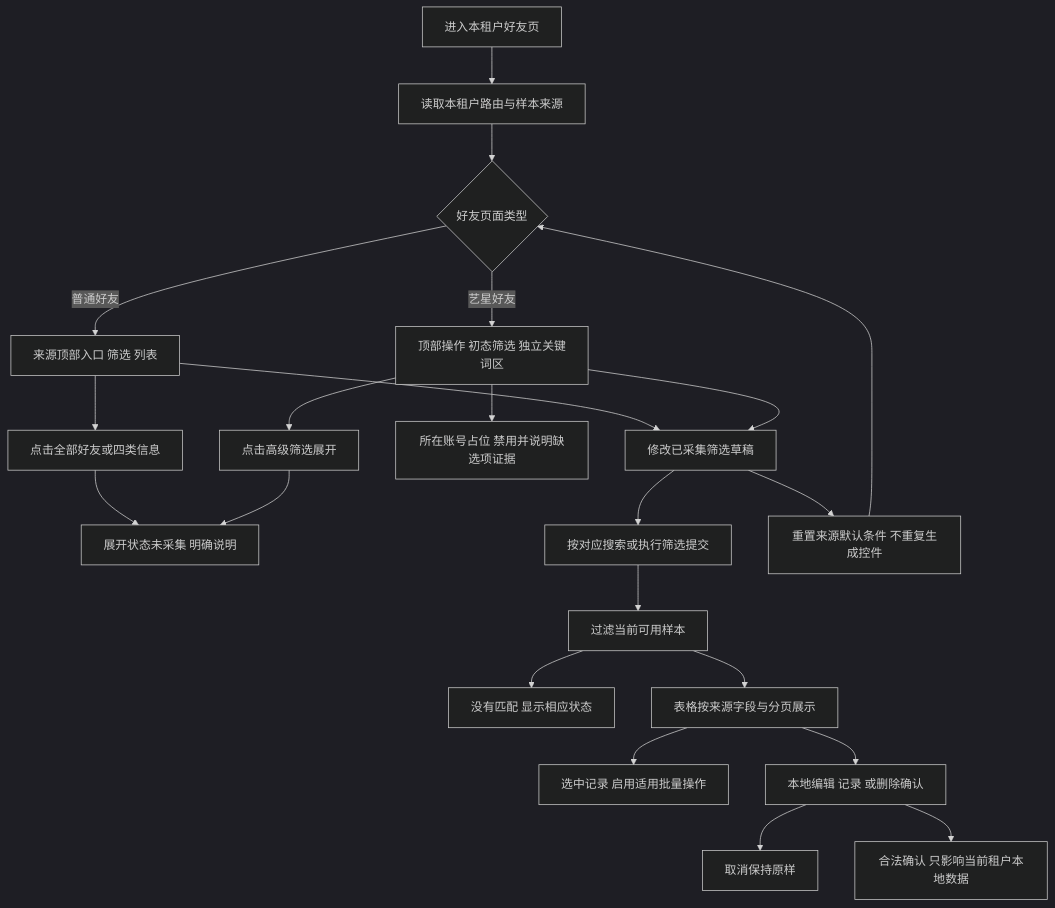
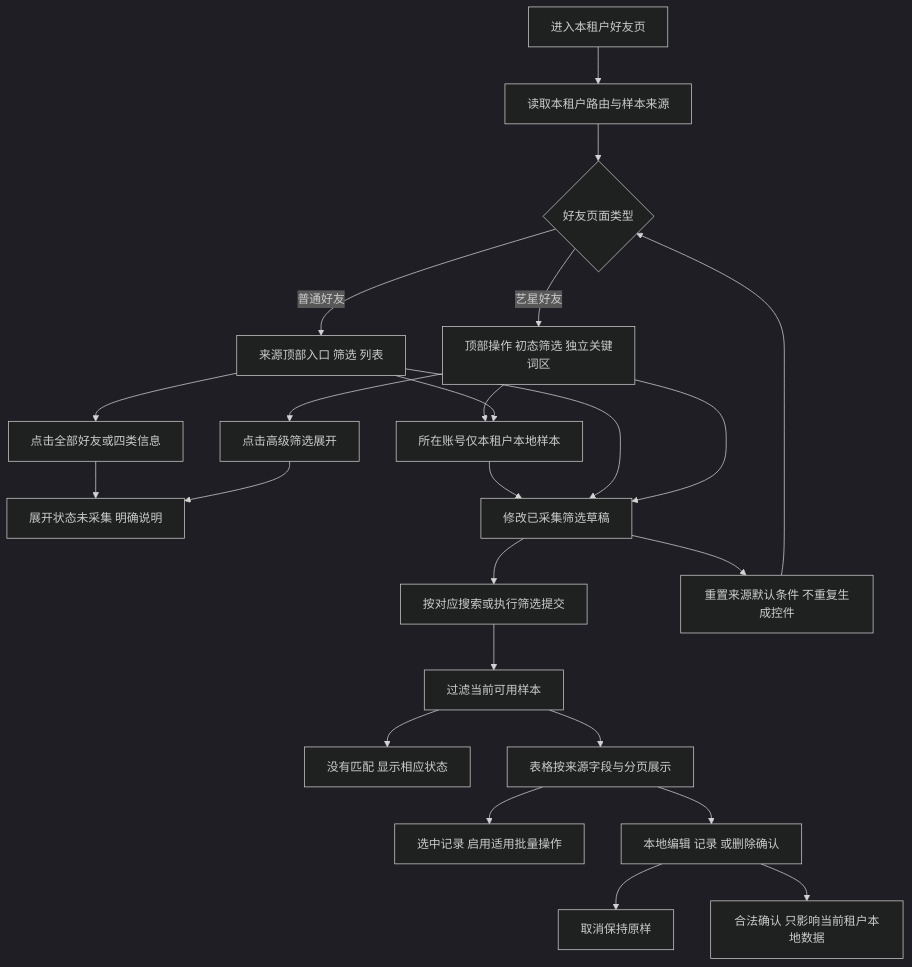
Before and after one commit to xfang9528-glitch/suiyin-admin: the diagram in flowcharts/friend-list.md, drawn with Mermaid (dark theme). The commit also changed other lines of this file and 103 other files, not shown here.

````diff
--- a/flowcharts/friend-list.md
+++ b/flowcharts/friend-list.md
@@ -5,24 +5,26 @@
 ```mermaid
 flowchart TD
     Enter[进入本租户好友页] --> Source[读取本租户路由与样本来源]
     Source --> Route{好友页面类型}
     Route -->|普通好友| Ordinary[来源顶部入口 筛选 列表]
     Route -->|艺星好友| Yestar[顶部操作 初态筛选 独立关键词区]
     Ordinary --> Category[点击全部好友或四类信息]
     Category --> Pending[展开状态未采集 明确说明]
     Yestar --> Expand[点击高级筛选展开]
     Expand --> Pending
-    Yestar --> Account[所在账号占位 禁用并说明缺选项证据]
+    Yestar --> Account[所在账号仅本租户本地样本]
+    Ordinary --> Account
+    Account --> Draft
     Ordinary --> Draft[修改已采集筛选草稿]
     Yestar --> Draft
     Draft --> Search[按对应搜索或执行筛选提交]
     Search --> Result[过滤当前可用样本]
     Result --> Empty[没有匹配 显示相应状态]
     Result --> Table[表格按来源字段与分页展示]
     Table --> Select[选中记录 启用适用批量操作]
     Table --> Edit[本地编辑 记录 或删除确认]
     Edit --> Cancel[取消保持原样]
     Edit --> Local[合法确认 只影响当前租户本地数据]
     Draft --> Reset[重置来源默认条件 不重复生成控件]
     Reset --> Route
 ```
````
